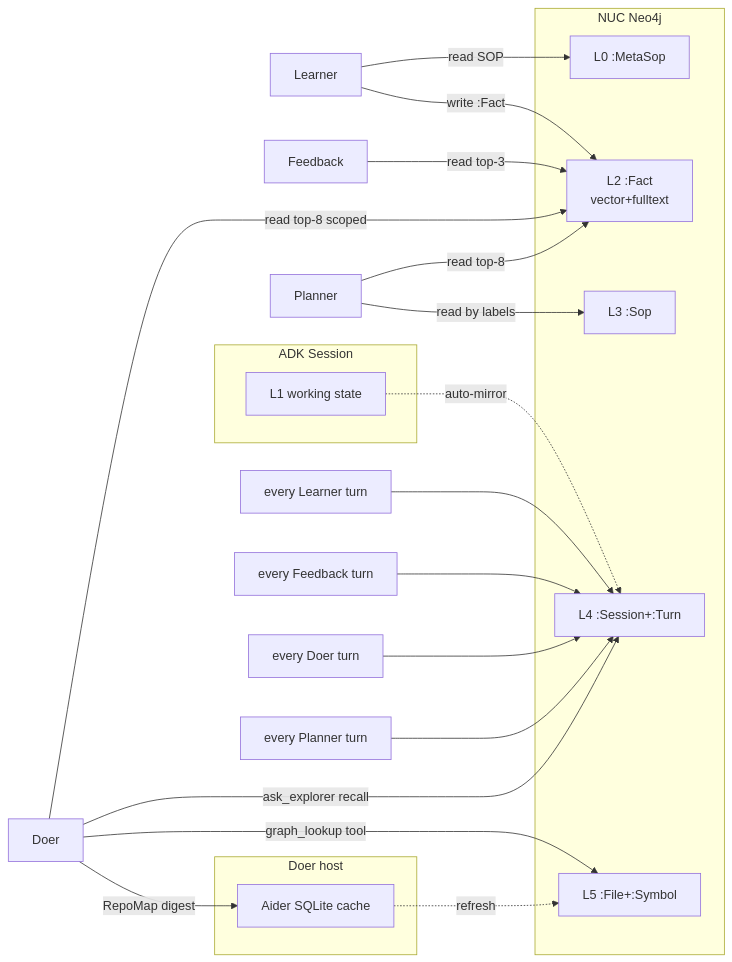
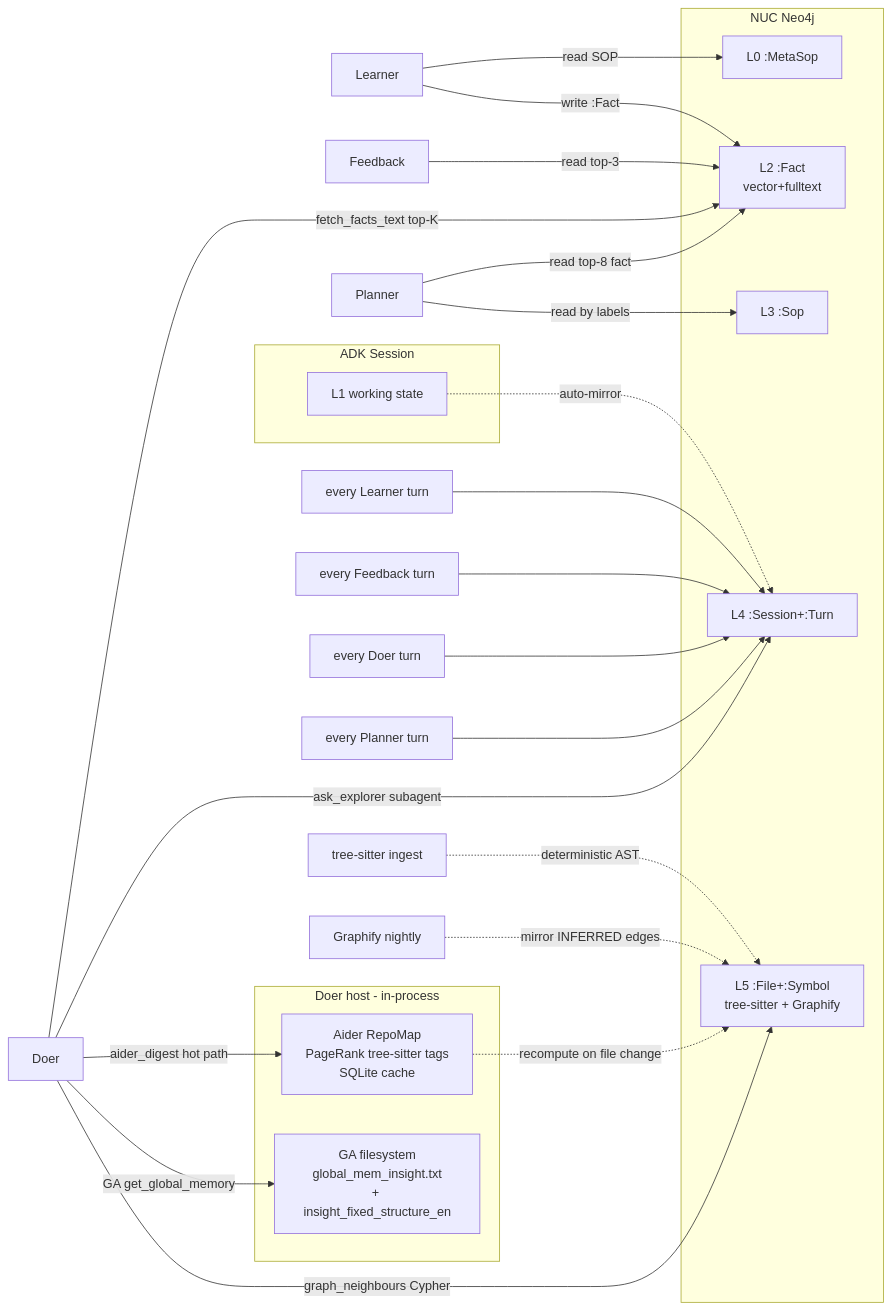
Before and after one commit to Manikanta-Reddy-Pasala/AIForgeCrew: the third of 8 diagrams in docs/ticket-flow.md, drawn with Mermaid. The commit also changed other lines of this file and 1 other file, not shown here.

First paragraph of the commit message:
docs(memory+flow): document all 8 Doer context sources incl. Aider + Graphify
User asked: are Aider + Graphify being used for Doer? Yes now (commit
146890d). Update docs to spell out every memory layer touching the
Doer prompt, in injection order.

````diff
--- a/docs/ticket-flow.md
+++ b/docs/ticket-flow.md
@@ -96,34 +96,41 @@
 ```mermaid
 flowchart LR
     subgraph N4J[NUC Neo4j]
         L0[L0 :MetaSop]
         L2[L2 :Fact<br/>vector+fulltext]
         L3[L3 :Sop]
         L4[L4 :Session+:Turn]
-        L5[L5 :File+:Symbol]
+        L5[L5 :File+:Symbol<br/>tree-sitter + Graphify]
     end
-    subgraph Hot[Doer host]
-        AID[Aider SQLite cache]
+    subgraph Hot[Doer host - in-process]
+        AID[Aider RepoMap<br/>PageRank tree-sitter tags<br/>SQLite cache]
+        GA_FS[GA filesystem<br/>global_mem_insight.txt<br/>+ insight_fixed_structure_en]
     end
     subgraph S[ADK Session]
         L1[L1 working state]
     end
 
-    Planner -->|read top-8| L2
+    Planner -->|read top-8 fact| L2
     Planner -->|read by labels| L3
-    Doer -->|read top-8 scoped| L2
-    Doer -->|RepoMap digest| AID
-    AID -.refresh.-> L5
-    Doer -->|graph_lookup tool| L5
-    Doer -->|ask_explorer recall| L4
+
+    Doer -->|aider_digest hot path| AID
+    Doer -->|graph_neighbours Cypher| L5
+    Doer -->|fetch_facts_text top-K| L2
+    Doer -->|GA get_global_memory| GA_FS
+    Doer -->|ask_explorer subagent| L4
+
+    AID -.recompute on file change.-> L5
+    GFY[Graphify nightly] -.mirror INFERRED edges.-> L5
+    TS[tree-sitter ingest] -.deterministic AST.-> L5
+
     Feedback -->|read top-3| L2
     Learner -->|read SOP| L0
     Learner -->|write :Fact| L2
 
     PlannerTurn[every Planner turn] --> L4
     DoerTurn[every Doer turn] --> L4
     FbTurn[every Feedback turn] --> L4
     LeTurn[every Learner turn] --> L4
 
     L1 -.auto-mirror.-> L4
 ```
````
